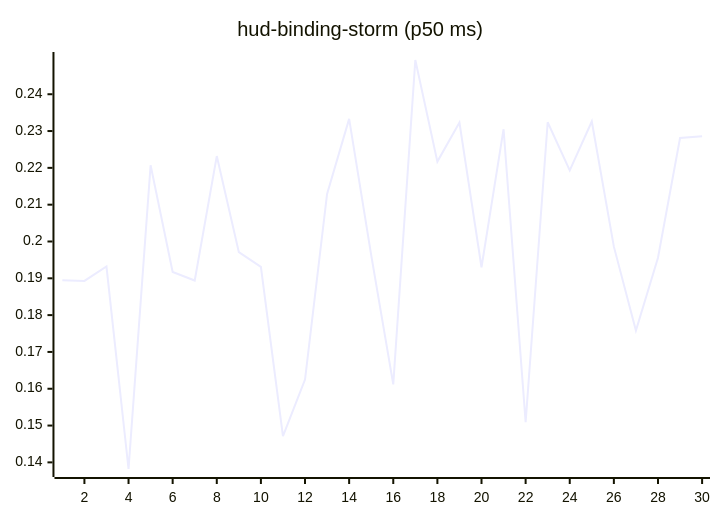
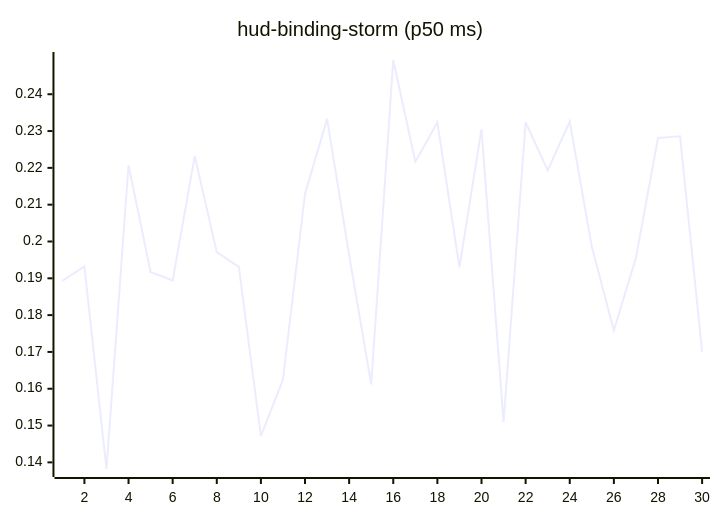
One commit to josha/Facet changed the tenth of 27 diagrams in README.md. Above: the diagram before and after it, drawn with Mermaid. The commit also changed other lines of this file and 2 other files, not shown here.

````diff
--- a/README.md
+++ b/README.md
@@ -126,6 +126,6 @@
 ```mermaid
 xychart-beta
     title "hud-binding-storm (p50 ms)"
     x-axis 1 --> 30
-    line [0.1895, 0.1893, 0.1932, 0.1382, 0.2207, 0.1917, 0.1894, 0.2232, 0.1971, 0.1931, 0.1471, 0.1625, 0.2129, 0.2333, 0.1963, 0.1612, 0.2493, 0.2217, 0.2323, 0.1930, 0.2305, 0.1509, 0.2324, 0.2193, 0.2326, 0.1986, 0.1758, 0.1956, 0.2281, 0.2286]
+    line [0.1893, 0.1932, 0.1382, 0.2207, 0.1917, 0.1894, 0.2232, 0.1971, 0.1931, 0.1471, 0.1625, 0.2129, 0.2333, 0.1963, 0.1612, 0.2493, 0.2217, 0.2323, 0.1930, 0.2305, 0.1509, 0.2324, 0.2193, 0.2326, 0.1986, 0.1758, 0.1956, 0.2281, 0.2286, 0.1701]
 ```
````
